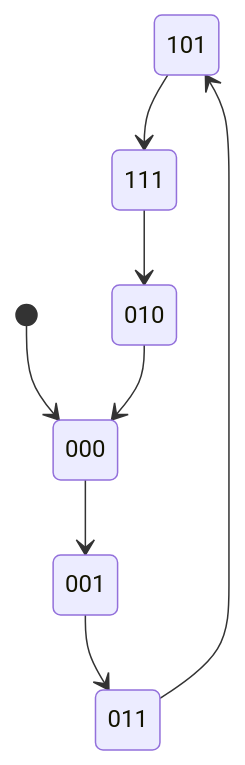
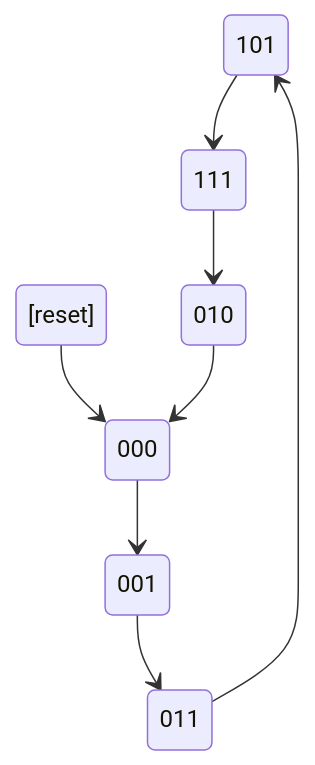
One commit to RoyIndr/VHDL_FSM changed the diagram in mealy_rom_sequence/README.md. Above: the diagram before and after it, drawn with Mermaid. The commit also changed other lines of this file, not shown here.

````diff
--- a/mealy_rom_sequence/README.md
+++ b/mealy_rom_sequence/README.md
@@ -38,10 +38,10 @@
 ```mermaid
 stateDiagram-v2
-    [*] --> 000
+    [reset] --> 000
     000 --> 001
     001 --> 011
     011 --> 101
     101 --> 111
     111 --> 010
     010 --> 000
 ```
````
